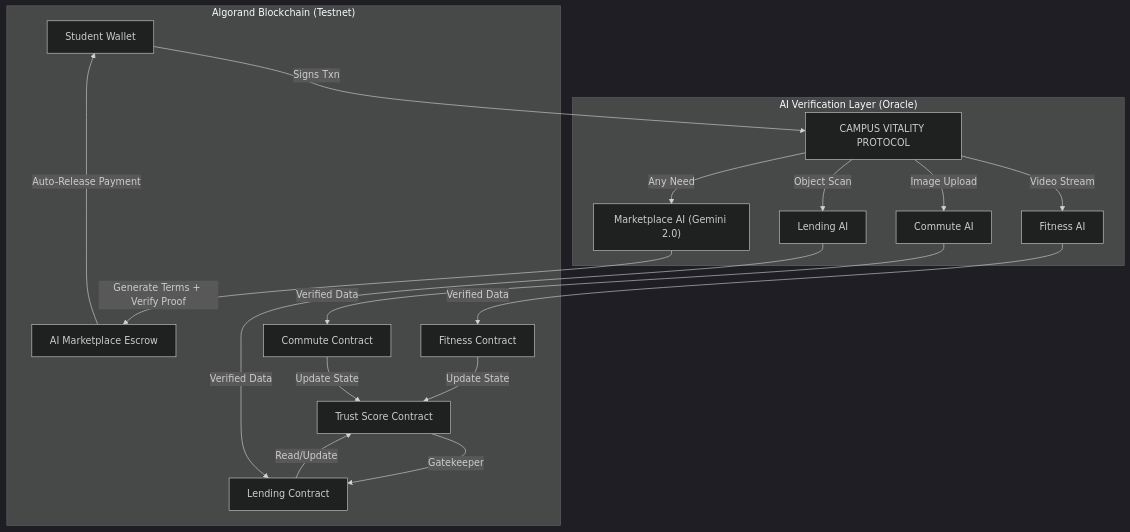
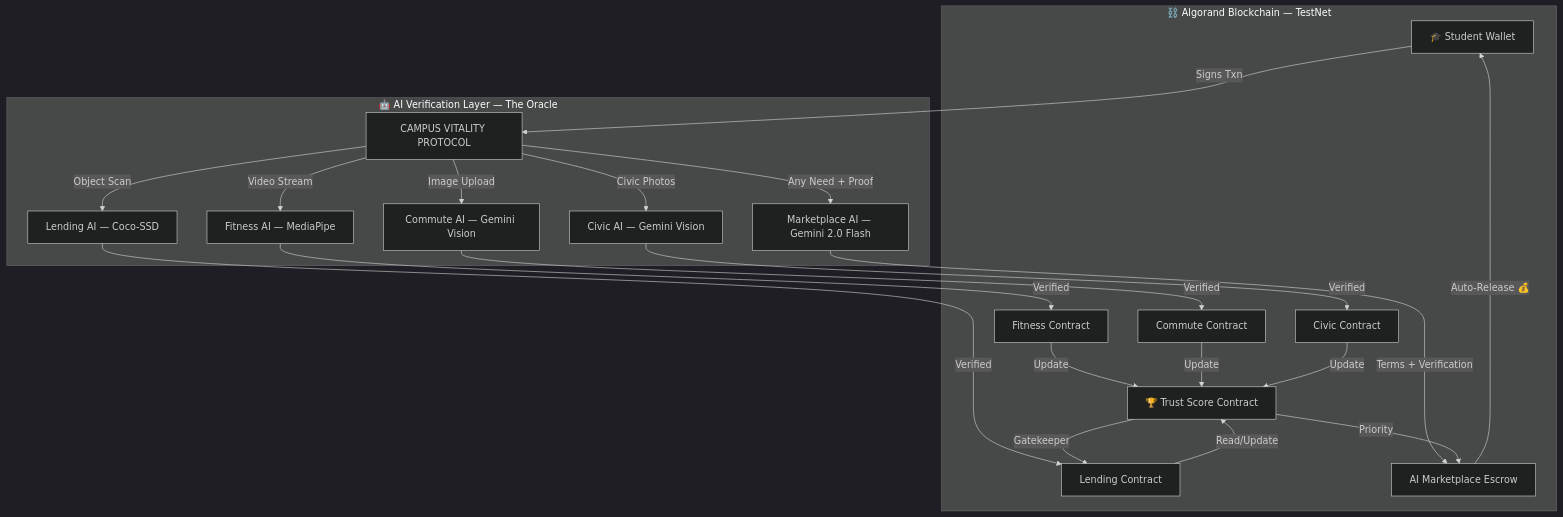
The diagram in README.md (miran786/PushBet--Algorand), drawn with Mermaid (dark theme) before and after one commit. The commit also changed other lines of this file, not shown here.

````diff
--- a/README.md
+++ b/README.md
@@ -137,25 +173,29 @@
 ```mermaid
 graph TD
-    User["Student Wallet"] -->|Signs Txn| App["CAMPUS VITALITY PROTOCOL"]
+    User["🎓 Student Wallet"] -->|Signs Txn| App["CAMPUS VITALITY PROTOCOL"]
     
-    subgraph "AI Verification Layer (Oracle)"
-        App -->|Video Stream| MediaPipe["Fitness AI"]
-        App -->|Image Upload| Gemini["Commute AI"]
-        App -->|Object Scan| TensorFlow["Lending AI"]
-        App -->|Any Need| MarketAI["Marketplace AI (Gemini 2.0)"]
+    subgraph "🤖 AI Verification Layer — The Oracle"
+        App -->|Video Stream| MediaPipe["Fitness AI — MediaPipe"]
+        App -->|Image Upload| Gemini["Commute AI — Gemini Vision"]
+        App -->|Object Scan| TensorFlow["Lending AI — Coco-SSD"]
+        App -->|Any Need + Proof| MarketAI["Marketplace AI — Gemini 2.0 Flash"]
+        App -->|Civic Photos| CivicAI["Civic AI — Gemini Vision"]
     end
     
-    subgraph "Algorand Blockchain (Testnet)"
-        MediaPipe -->|Verified Data| SC_Fit["Fitness Contract"]
-        Gemini -->|Verified Data| SC_Com["Commute Contract"]
-        TensorFlow -->|Verified Data| SC_Lend["Lending Contract"]
-        MarketAI -->|Generate Terms + Verify Proof| SC_Market["AI Marketplace Escrow"]
+    subgraph "⛓️ Algorand Blockchain — TestNet"
+        MediaPipe -->|Verified| SC_Fit["Fitness Contract"]
+        Gemini -->|Verified| SC_Com["Commute Contract"]
+        TensorFlow -->|Verified| SC_Lend["Lending Contract"]
+        MarketAI -->|Terms + Verification| SC_Market["AI Marketplace Escrow"]
+        CivicAI -->|Verified| SC_Civic["Civic Contract"]
         
-        SC_Fit -->|Update State| Trust["Trust Score Contract"]
-        SC_Com -->|Update State| Trust
+        SC_Fit -->|Update| Trust["🏆 Trust Score Contract"]
+        SC_Com -->|Update| Trust
         SC_Lend -->|Read/Update| Trust
-        SC_Market -->|Auto-Release Payment| User
+        SC_Civic -->|Update| Trust
+        SC_Market -->|Auto-Release 💰| User
         
         Trust -->|Gatekeeper| SC_Lend
+        Trust -->|Priority| SC_Market
     end
 ```
````
